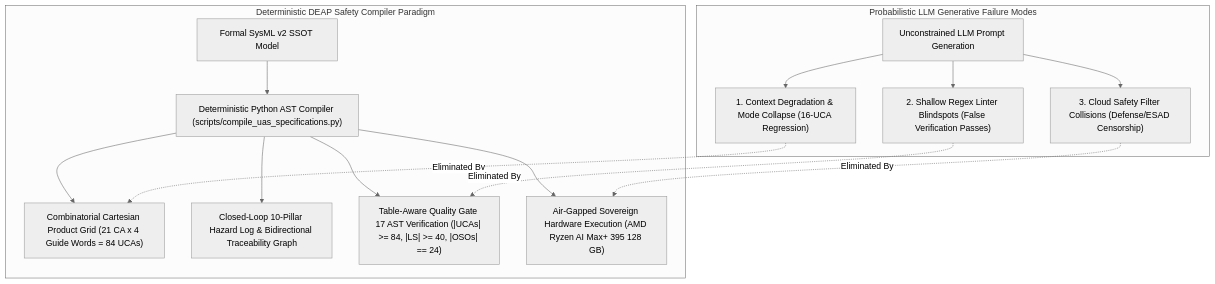
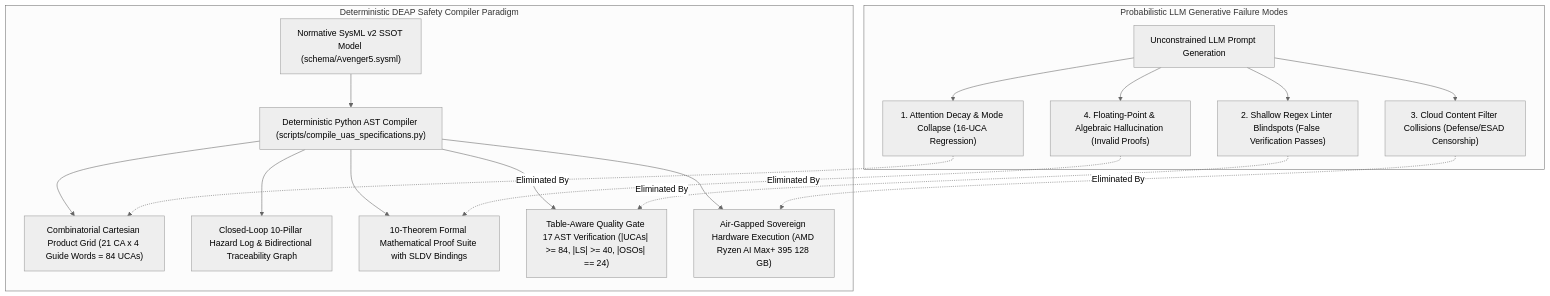
The first of 11 diagrams in docs/architecture/blueprints/DEAP_DETERMINISTIC_SAFETY_SPECIFICATION_COMPILER_BLUEPRINT.md (gintatkinson/DEAP01-spec-core), drawn with Mermaid (neutral theme) before and after one commit. The commit also changed other lines of this file, not shown here.

Commit message:
docs(architecture): expand master blueprint with 10-theorem proof suite and 200-UCA taxonomy (DEAP-BLUEPRINT-SAFETY-004)

````diff
--- a/docs/architecture/blueprints/DEAP_DETERMINISTIC_SAFETY_SPECIFICATION_COMPILER_BLUEPRINT.md
+++ b/docs/architecture/blueprints/DEAP_DETERMINISTIC_SAFETY_SPECIFICATION_COMPILER_BLUEPRINT.md
@@ -34,20 +36,23 @@
 ```mermaid
 flowchart TD
-    subgraph "Probabilistic LLM Generative Failure Modes"
-        A["Unconstrained LLM Prompt Generation"] --> B["1. Context Degradation & Mode Collapse (16-UCA Regression)"]
+    subgraph ProbabilisticFailures["Probabilistic LLM Generative Failure Modes"]
+        A["Unconstrained LLM Prompt Generation"] --> B["1. Attention Decay & Mode Collapse (16-UCA Regression)"]
         A --> C["2. Shallow Regex Linter Blindspots (False Verification Passes)"]
-        A --> D["3. Cloud Safety Filter Collisions (Defense/ESAD Censorship)"]
+        A --> D["3. Cloud Content Filter Collisions (Defense/ESAD Censorship)"]
+        A --> E["4. Floating-Point & Algebraic Hallucination (Invalid Proofs)"]
     end
 
-    subgraph "Deterministic DEAP Safety Compiler Paradigm"
-        E["Formal SysML v2 SSOT Model"] --> F["Deterministic Python AST Compiler (scripts/compile_uas_specifications.py)"]
-        F --> G["Combinatorial Cartesian Product Grid (21 CA x 4 Guide Words = 84 UCAs)"]
-        F --> H["Closed-Loop 10-Pillar Hazard Log & Bidirectional Traceability Graph"]
-        F --> I["Table-Aware Quality Gate 17 AST Verification (|UCAs| >= 84, |LS| >= 40, |OSOs| == 24)"]
-        F --> J["Air-Gapped Sovereign Hardware Execution (AMD Ryzen AI Max+ 395 128 GB)"]
+    subgraph DeterministicCompiler["Deterministic DEAP Safety Compiler Paradigm"]
+        F["Normative SysML v2 SSOT Model (schema/Avenger5.sysml)"] --> G["Deterministic Python AST Compiler (scripts/compile_uas_specifications.py)"]
+        G --> H["Combinatorial Cartesian Product Grid (21 CA x 4 Guide Words = 84 UCAs)"]
+        G --> I["Closed-Loop 10-Pillar Hazard Log & Bidirectional Traceability Graph"]
+        G --> J["10-Theorem Formal Mathematical Proof Suite with SLDV Bindings"]
+        G --> K["Table-Aware Quality Gate 17 AST Verification (|UCAs| >= 84, |LS| >= 40, |OSOs| == 24)"]
+        G --> L["Air-Gapped Sovereign Hardware Execution (AMD Ryzen AI Max+ 395 128 GB)"]
     end
 
-    B -.->|"Eliminated By"| G
-    C -.->|"Eliminated By"| I
-    D -.->|"Eliminated By"| J
+    B -.->|"Eliminated By"| H
+    C -.->|"Eliminated By"| K
+    D -.->|"Eliminated By"| L
+    E -.->|"Eliminated By"| J
 ```
````
